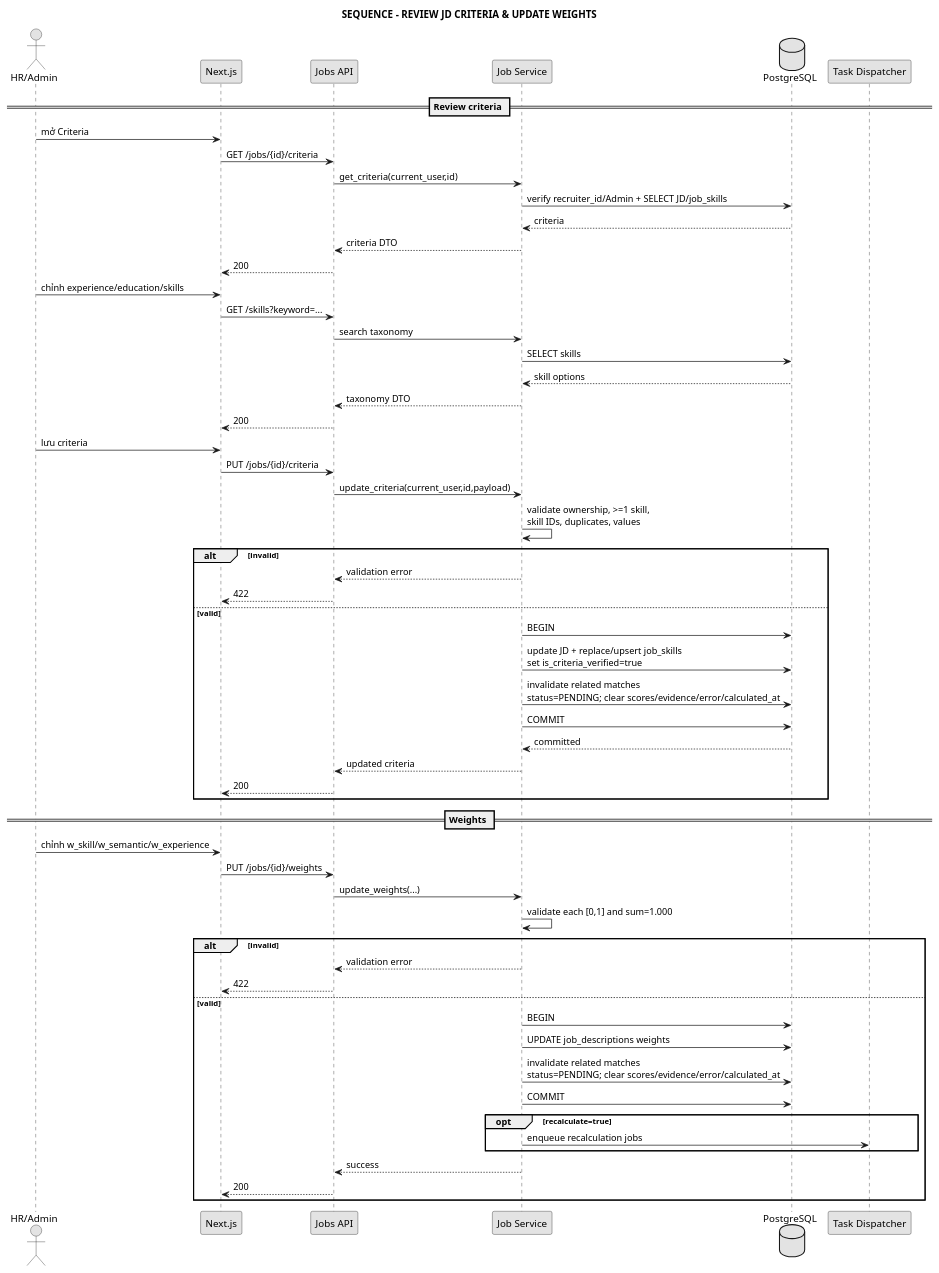
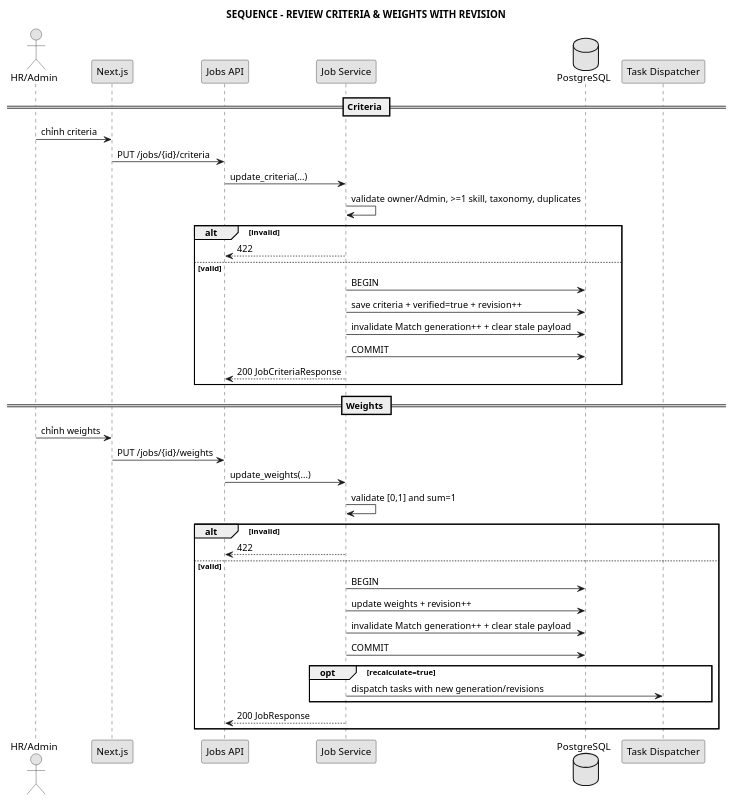
One commit to anh632k-ui/WebCVUngVienTuyenDung changed the diagram in docs/04_sequence/seq_job_criteria_weights.puml. Above: the diagram before and after it, drawn with PlantUML.

Commit message:
docs(sequence): version criteria and weight mutations

```diff
--- a/docs/04_sequence/seq_job_criteria_weights.puml
+++ b/docs/04_sequence/seq_job_criteria_weights.puml
@@ -1,68 +1,45 @@
 @startuml
 skinparam monochrome true
 skinparam shadowing false
-
-title SEQUENCE - REVIEW JD CRITERIA & UPDATE WEIGHTS
+title SEQUENCE - REVIEW CRITERIA & WEIGHTS WITH REVISION
 
 actor "HR/Admin" as User
 participant "Next.js" as FE
 participant "Jobs API" as API
 participant "Job Service" as Service
 database "PostgreSQL" as DB
 participant "Task Dispatcher" as Dispatcher
 
-== Review criteria ==
-User -> FE : mở Criteria
-FE -> API : GET /jobs/{id}/criteria
-API -> Service : get_criteria(current_user,id)
-Service -> DB : verify recruiter_id/Admin + SELECT JD/job_skills
-DB --> Service : criteria
-Service --> API : criteria DTO
-API --> FE : 200
-
-User -> FE : chỉnh experience/education/skills
-FE -> API : GET /skills?keyword=...
-API -> Service : search taxonomy
-Service -> DB : SELECT skills
-DB --> Service : skill options
-Service --> API : taxonomy DTO
-API --> FE : 200
-
-User -> FE : lưu criteria
+== Criteria ==
+User -> FE : chỉnh criteria
 FE -> API : PUT /jobs/{id}/criteria
-API -> Service : update_criteria(current_user,id,payload)
-Service -> Service : validate ownership, >=1 skill,\nskill IDs, duplicates, values
+API -> Service : update_criteria(...)
+Service -> Service : validate owner/Admin, >=1 skill, taxonomy, duplicates
 alt invalid
-  Service --> API : validation error
-  API --> FE : 422
+  Service --> API : 422
 else valid
   Service -> DB : BEGIN
-  Service -> DB : update JD + replace/upsert job_skills\nset is_criteria_verified=true
-  Service -> DB : invalidate related matches\nstatus=PENDING; clear scores/evidence/error/calculated_at
+  Service -> DB : save criteria + verified=true + revision++
+  Service -> DB : invalidate Match generation++ + clear stale payload
   Service -> DB : COMMIT
-  DB --> Service : committed
-  Service --> API : updated criteria
-  API --> FE : 200
+  Service --> API : 200 JobCriteriaResponse
 end
 
 == Weights ==
-User -> FE : chỉnh w_skill/w_semantic/w_experience
+User -> FE : chỉnh weights
 FE -> API : PUT /jobs/{id}/weights
 API -> Service : update_weights(...)
-Service -> Service : validate each [0,1] and sum=1.000
+Service -> Service : validate [0,1] and sum=1
 alt invalid
-  Service --> API : validation error
-  API --> FE : 422
+  Service --> API : 422
 else valid
   Service -> DB : BEGIN
-  Service -> DB : UPDATE job_descriptions weights
-  Service -> DB : invalidate related matches\nstatus=PENDING; clear scores/evidence/error/calculated_at
+  Service -> DB : update weights + revision++
+  Service -> DB : invalidate Match generation++ + clear stale payload
   Service -> DB : COMMIT
   opt recalculate=true
-    Service -> Dispatcher : enqueue recalculation jobs
+    Service -> Dispatcher : dispatch tasks with new generation/revisions
   end
-  Service --> API : success
-  API --> FE : 200
+  Service --> API : 200 JobResponse
 end
-
 @enduml
```
